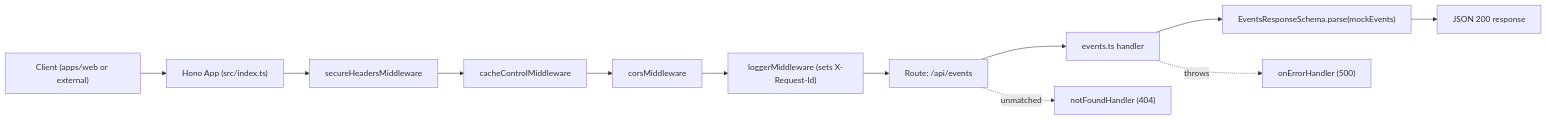
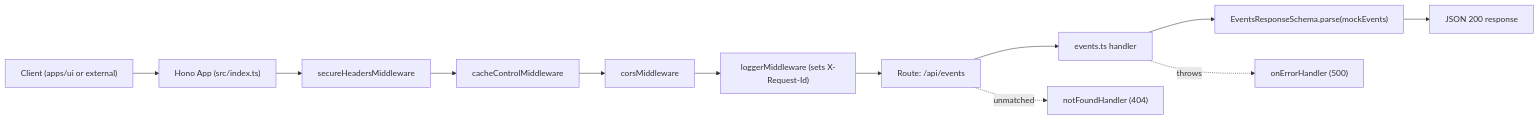
Before and after one commit to valuecodes/Rehoboam-UI: the first of 2 diagrams in apps/api/README.md, drawn with Mermaid. The commit also changed other lines of this file and 9 other files, not shown here.

First line of the commit message:
fix: update references from apps/web to apps/ui in documentation and workflows

````diff
--- a/apps/api/README.md
+++ b/apps/api/README.md
@@ -26,15 +26,15 @@
 ```mermaid
 flowchart LR
-    Client["Client (apps/web or external)"] --> Worker["Hono App (src/index.ts)"]
+    Client["Client (apps/ui or external)"] --> Worker["Hono App (src/index.ts)"]
     Worker --> SH["secureHeadersMiddleware"]
     SH --> CC["cacheControlMiddleware"]
     CC --> CORS["corsMiddleware"]
     CORS --> LOG["loggerMiddleware (sets X-Request-Id)"]
     LOG --> ROUTE["Route: /api/events"]
     ROUTE --> HANDLER["events.ts handler"]
     HANDLER --> SCHEMA["EventsResponseSchema.parse(mockEvents)"]
     SCHEMA --> RESP["JSON 200 response"]
 
     ROUTE -. unmatched .-> NF["notFoundHandler (404)"]
     HANDLER -. throws .-> ERR["onErrorHandler (500)"]
 ```
````
